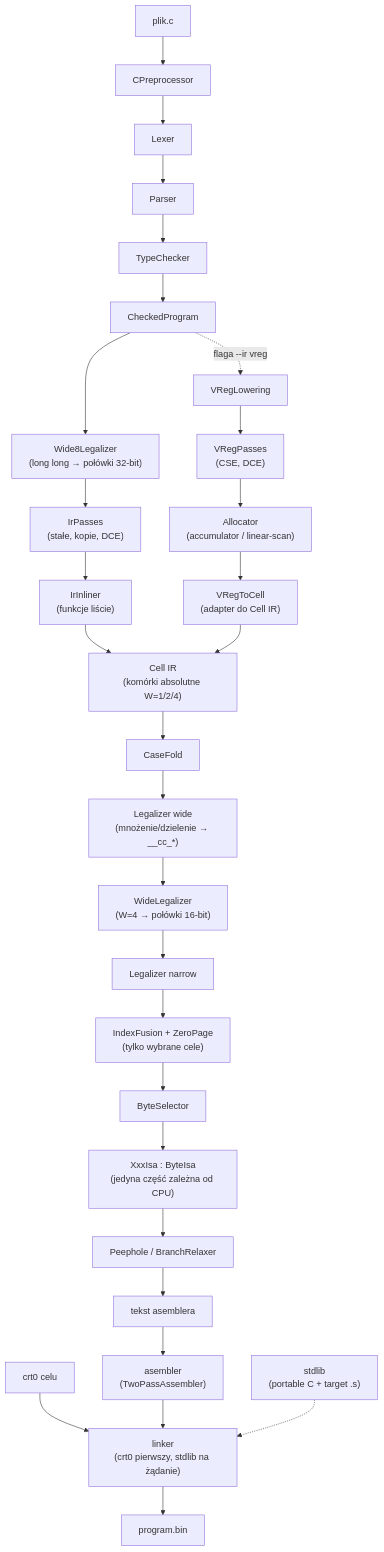
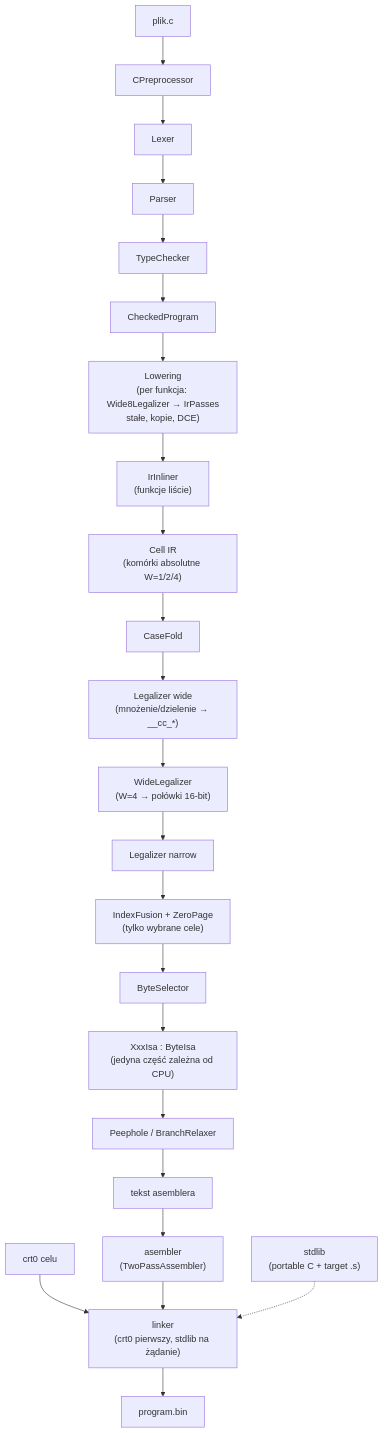
Before and after one commit to prachwal/CathodeRay: the first of 4 diagrams in docs/technical/architecture-diagram.md, drawn with Mermaid. The commit also changed other lines of this file and 20 other files, not shown here.

````diff
--- a/docs/technical/architecture-diagram.md
+++ b/docs/technical/architecture-diagram.md
@@ -7,35 +7,28 @@
 ```mermaid
 flowchart TD
     SRC["plik.c"] --> PRE["CPreprocessor"]
     PRE --> LEX["Lexer"]
     LEX --> PAR["Parser"]
     PAR --> TCK["TypeChecker"]
     TCK --> CHK["CheckedProgram"]
 
-    CHK --> W8["Wide8Legalizer<br/>(long long → połówki 32-bit)"]
-    W8 --> IRP["IrPasses<br/>(stałe, kopie, DCE)"]
-    IRP --> INL["IrInliner<br/>(funkcje liście)"]
-
+    CHK --> LOW["Lowering<br/>(per funkcja: Wide8Legalizer → IrPasses<br/>stałe, kopie, DCE)"]
+    LOW --> INL["IrInliner<br/>(funkcje liście)"]
     INL --> IRCELL["Cell IR<br/>(komórki absolutne W=1/2/4)"]
-    CHK -.->|"flaga --ir vreg"| VLOW["VRegLowering"]
-    VLOW --> VPASS["VRegPasses<br/>(CSE, DCE)"]
-    VPASS --> VALLOC["Allocator<br/>(accumulator / linear-scan)"]
-    VALLOC --> V2C["VRegToCell<br/>(adapter do Cell IR)"]
-    V2C --> IRCELL
 
     IRCELL --> CF["CaseFold"]
     CF --> L1["Legalizer wide<br/>(mnożenie/dzielenie → __cc_*)"]
     L1 --> WL["WideLegalizer<br/>(W=4 → połówki 16-bit)"]
     WL --> L2["Legalizer narrow"]
     L2 --> ZF["IndexFusion + ZeroPage<br/>(tylko wybrane cele)"]
     ZF --> BSEL["ByteSelector"]
     BSEL --> ISA["XxxIsa : ByteIsa<br/>(jedyna część zależna od CPU)"]
     ISA --> PH["Peephole / BranchRelaxer"]
     PH --> ASM["tekst asemblera"]
 
     ASM --> ASMB["asembler<br/>(TwoPassAssembler)"]
     CRT["crt0 celu"] --> LINK["linker<br/>(crt0 pierwszy, stdlib na żądanie)"]
     ASMB --> LINK
     STDLIB["stdlib<br/>(portable C + target .s)"] -.-> LINK
     LINK --> BIN["program.bin"]
 ```
````
